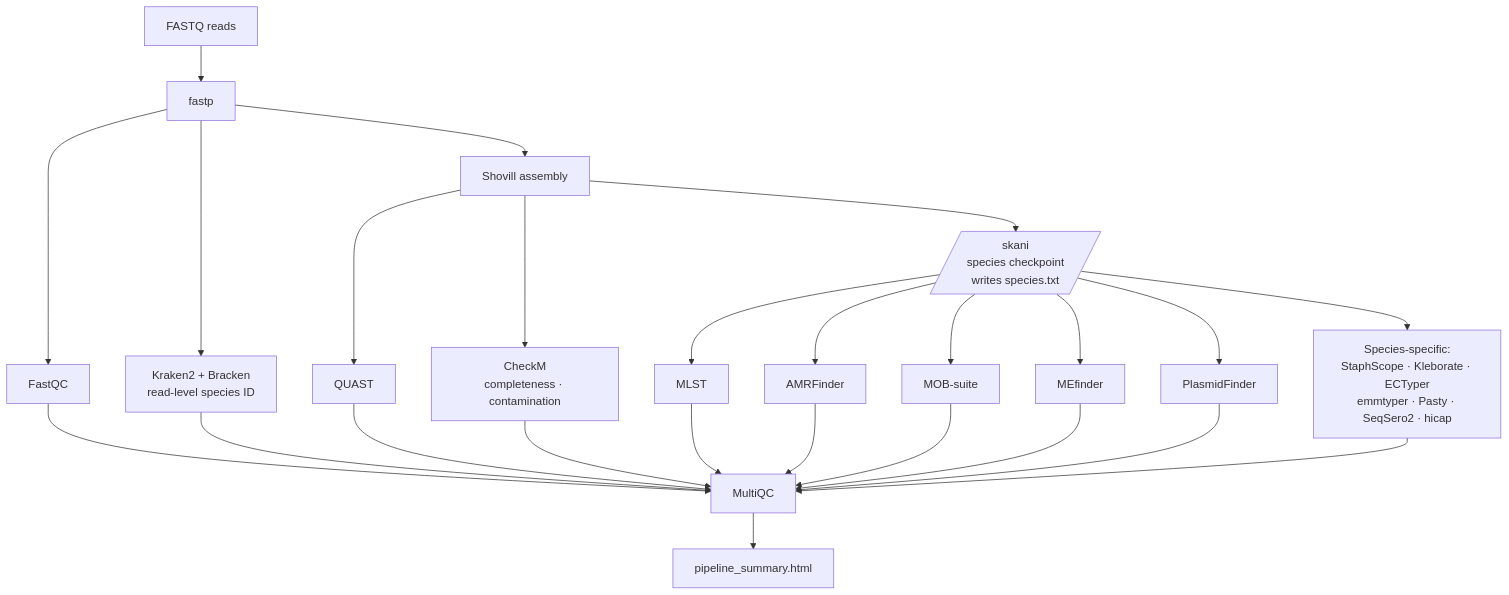
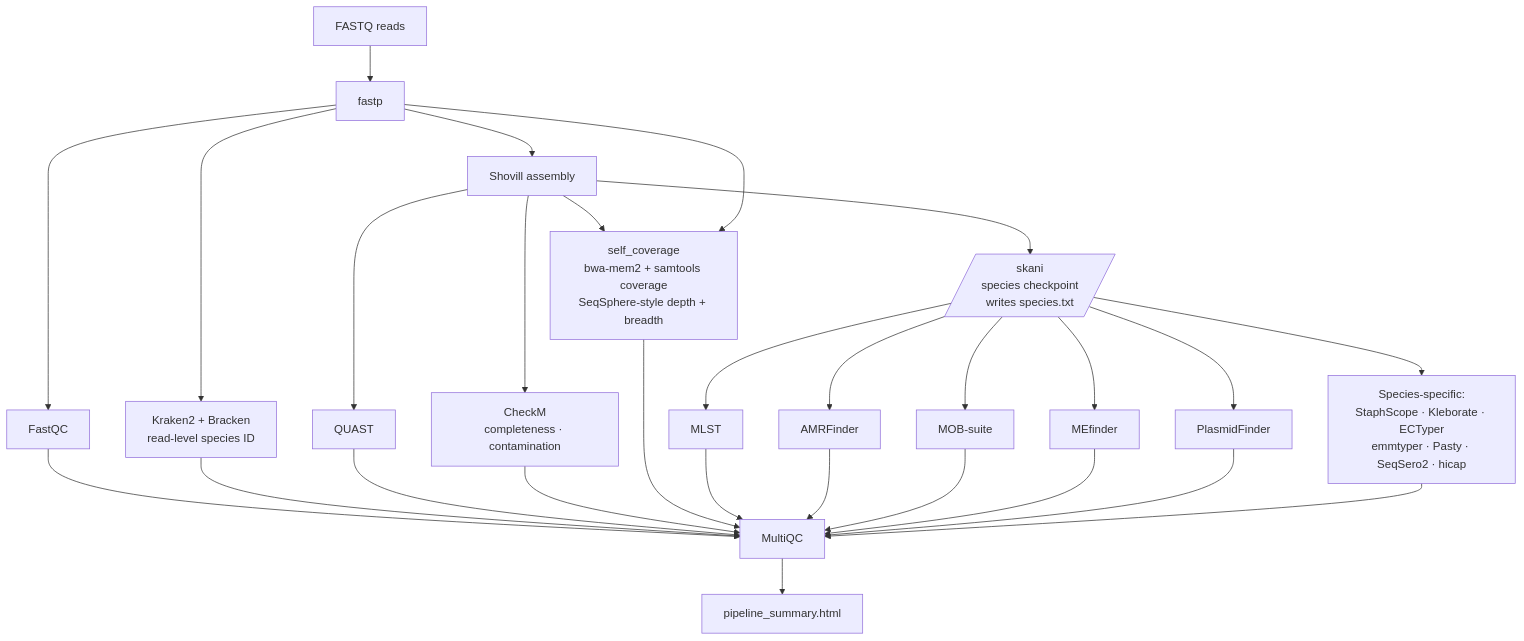
Before and after one commit to OddAlexander/Genomics-Workflow: the first of 4 diagrams in README.md, drawn with Mermaid. The commit also changed other lines of this file and 18 other files, not shown here.

````diff
--- a/README.md
+++ b/README.md
@@ -333,18 +325,20 @@
 ```mermaid
 flowchart TD
     raw[FASTQ reads] --> fastp
     fastp --> fastqc[FastQC]
     fastp --> kraken[Kraken2 + Bracken<br/>read-level species ID]
     fastp --> shovill[Shovill assembly]
     shovill --> quast[QUAST]
     shovill --> checkm[CheckM<br/>completeness · contamination]
+    shovill --> selfcov[self_coverage<br/>bwa-mem2 + samtools coverage<br/>SeqSphere-style depth + breadth]
+    fastp --> selfcov
     shovill --> skani[/skani<br/>species checkpoint<br/>writes species.txt/]
     skani --> mlst[MLST]
     skani --> amr[AMRFinder]
     skani --> mob[MOB-suite]
     skani --> me[MEfinder]
     skani --> plf[PlasmidFinder]
     skani --> sp[Species-specific:<br/>StaphScope · Kleborate · ECTyper<br/>emmtyper · Pasty · SeqSero2 · hicap]
-    fastqc & kraken & quast & checkm & mlst & amr & mob & me & plf & sp --> multiqc[MultiQC]
+    fastqc & kraken & quast & checkm & selfcov & mlst & amr & mob & me & plf & sp --> multiqc[MultiQC]
     multiqc --> report[pipeline_summary.html]
 ```
````
